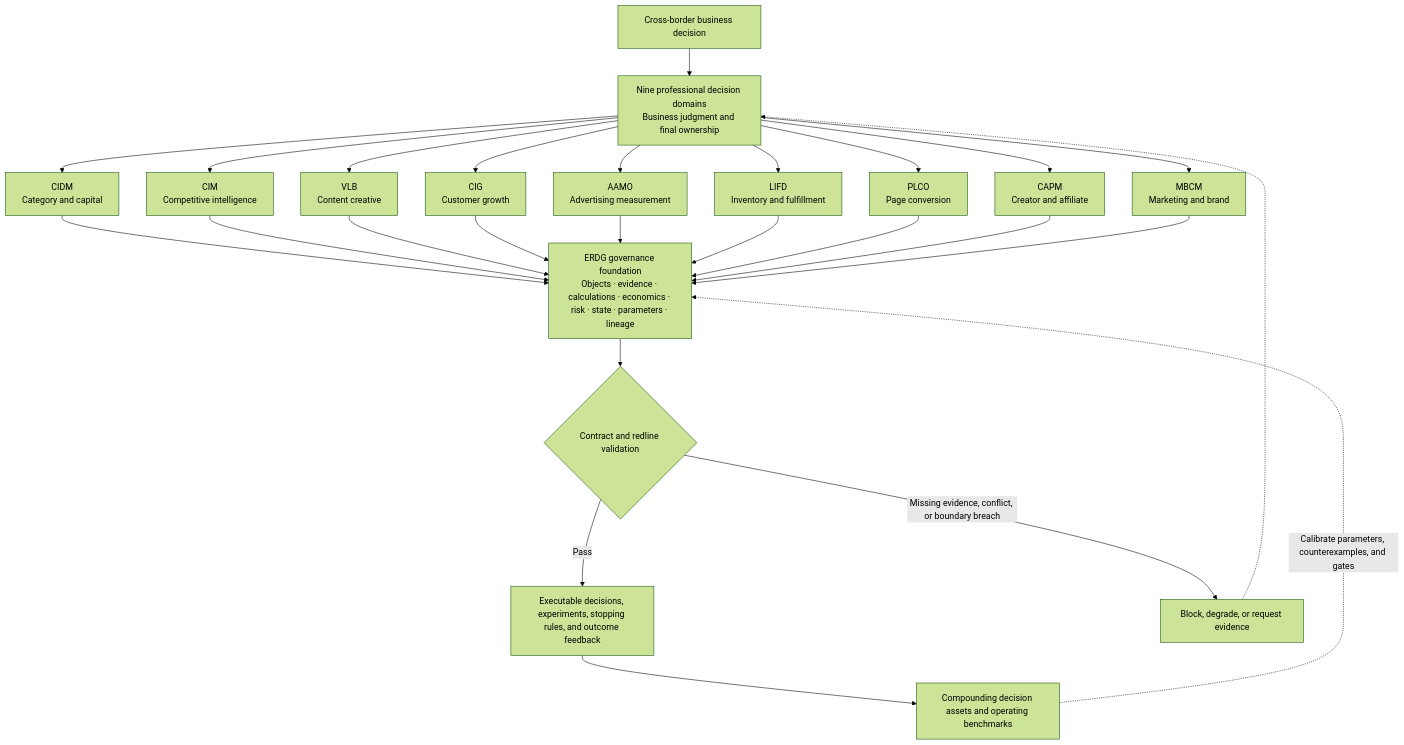
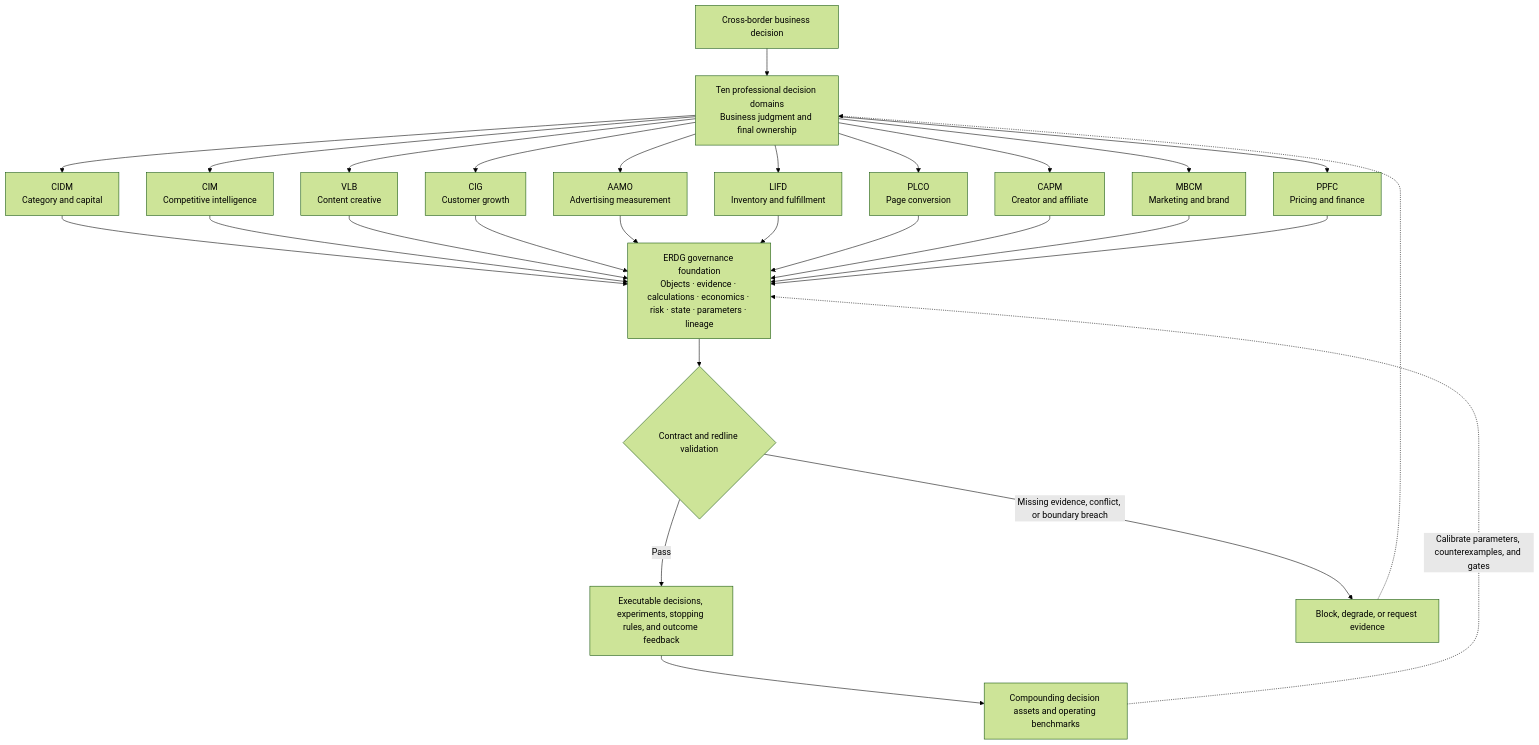
Before and after one commit to saye-chen/CrossBorder-Decision-Lab: the first of 2 diagrams in README.en.md, drawn with Mermaid (forest theme). The commit also changed other lines of this file and 104 other files, not shown here.

Commit message:
Add PPFC ten-domain governance

````diff
--- a/README.en.md
+++ b/README.en.md
@@ -73,22 +73,23 @@
 ```mermaid
 flowchart TB
-    U["Cross-border business decision"] --> D["Nine professional decision domains<br/>Business judgment and final ownership"]
+    U["Cross-border business decision"] --> D["Ten professional decision domains<br/>Business judgment and final ownership"]
 
     D --> CIDM["CIDM<br/>Category and capital"]
     D --> CIM["CIM<br/>Competitive intelligence"]
     D --> VLB["VLB<br/>Content creative"]
     D --> CIG["CIG<br/>Customer growth"]
     D --> AAMO["AAMO<br/>Advertising measurement"]
     D --> LIFD["LIFD<br/>Inventory and fulfillment"]
     D --> PLCO["PLCO<br/>Page conversion"]
     D --> CAPM["CAPM<br/>Creator and affiliate"]
     D --> MBCM["MBCM<br/>Marketing and brand"]
+    D --> PPFC["PPFC<br/>Pricing and finance"]
 
-    CIDM & CIM & VLB & CIG & AAMO & LIFD & PLCO & CAPM & MBCM --> E["ERDG governance foundation<br/>Objects · evidence · calculations · economics · risk · state · parameters · lineage"]
+    CIDM & CIM & VLB & CIG & AAMO & LIFD & PLCO & CAPM & MBCM & PPFC --> E["ERDG governance foundation<br/>Objects · evidence · calculations · economics · risk · state · parameters · lineage"]
     E --> G{"Contract and redline validation"}
     G -->|"Pass"| O["Executable decisions, experiments, stopping rules, and outcome feedback"]
     G -->|"Missing evidence, conflict, or boundary breach"| B["Block, degrade, or request evidence"]
     B -.-> D
     O --> A["Compounding decision assets and operating benchmarks"]
     A -.->|"Calibrate parameters, counterexamples, and gates"| E
 ```
````
